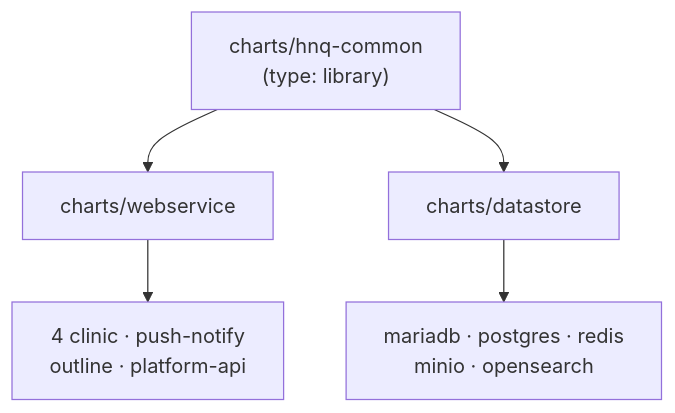
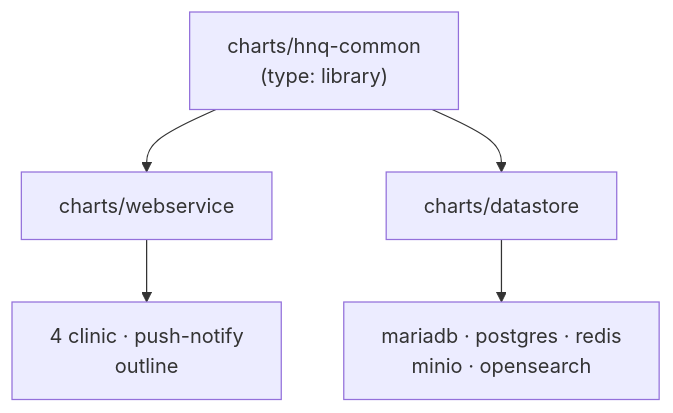
Before and after one commit to hunho247/HNQ-Infra: the second of 4 diagrams in docs/REFACTOR_PLAN.md, drawn with Mermaid. The commit also changed other lines of this file and 4 other files, not shown here.

````diff
--- a/docs/REFACTOR_PLAN.md
+++ b/docs/REFACTOR_PLAN.md
@@ -437,12 +437,12 @@
 ```mermaid
 flowchart TD
   LIB["charts/hnq-common<br/>(type: library)"]
   WS["charts/webservice"]
   DS["charts/datastore"]
 
   LIB --> WS
   LIB --> DS
 
-  WS --> A["4 clinic · push-notify<br/>outline · platform-api"]
+  WS --> A["4 clinic · push-notify<br/>outline"]
   DS --> B["mariadb · postgres · redis<br/>minio · opensearch"]
 ```
````
